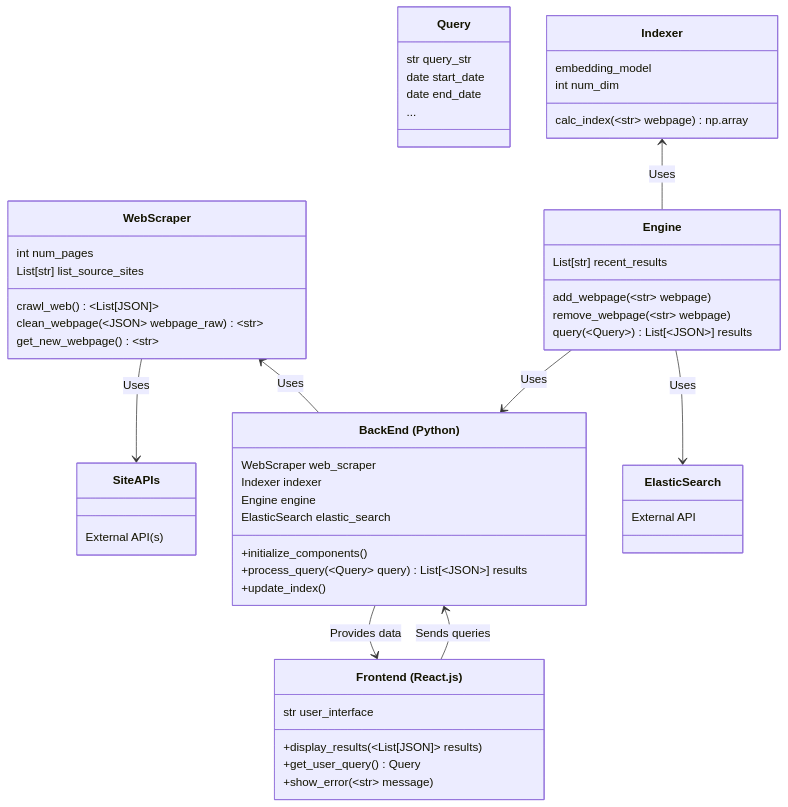
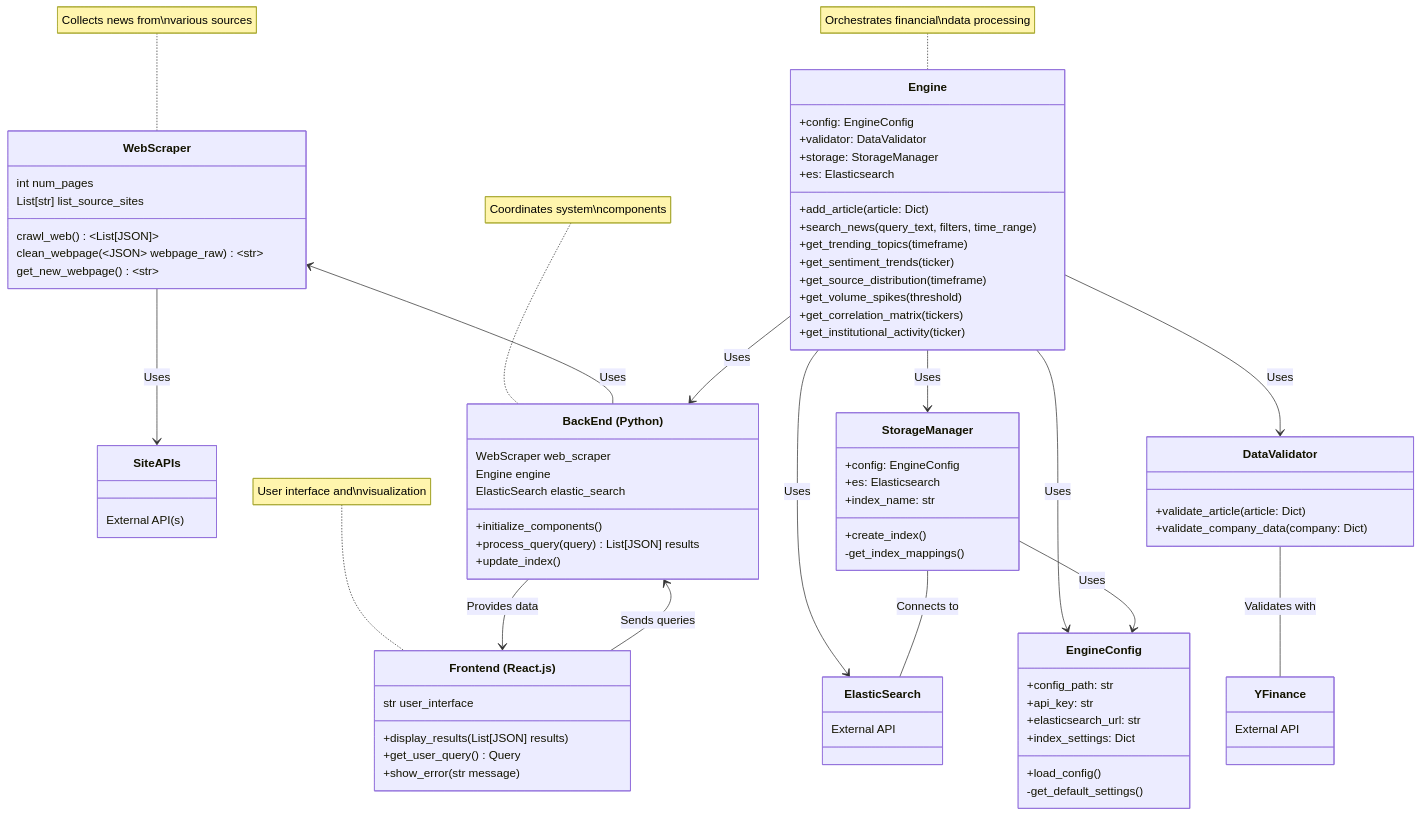
Before and after one commit to senior-design-financial-engine/search-engine: the diagram in README.md, drawn with Mermaid.

Commit message:
Diagram update

````diff
--- a/README.md
+++ b/README.md
@@ -38,17 +38,9 @@
 ```mermaid
 classDiagram
-
     class SiteAPIs:::external {
         External API(s)
     }
-
-    class Query {
-        str query_str
-        date start_date
-        date end_date
-        ... 
-    }
-
+    
     class WebScraper {
         int num_pages
         List[str] list_source_sites
@@ -57,47 +49,83 @@
         get_new_webpage() ~str~
     }
 
-    class Indexer {
-        embedding_model
-        int num_dim
-        calc_index(~str~ webpage) np.array
+    class Engine {
+        +config: EngineConfig
+        +validator: DataValidator
+        +storage: StorageManager
+        +es: Elasticsearch
+        +add_article(article: Dict)
+        +search_news(query_text, filters, time_range)
+        +get_trending_topics(timeframe)
+        +get_sentiment_trends(ticker)
+        +get_source_distribution(timeframe)
+        +get_volume_spikes(threshold)
+        +get_correlation_matrix(tickers)
+        +get_institutional_activity(ticker)
     }
 
+    class EngineConfig {
+        +config_path: str
+        +api_key: str
+        +elasticsearch_url: str
+        +index_settings: Dict
+        +load_config()
+        -get_default_settings()
+    }
 
-    class Engine {
-        List[str] recent_results
-        add_webpage(~str~ webpage)
-        remove_webpage(~str~ webpage)
-        query(~Query~) List[~JSON~] results
+    class DataValidator {
+        +validate_article(article: Dict)
+        +validate_company_data(company: Dict)
+    }
+
+    class StorageManager {
+        +config: EngineConfig
+        +es: Elasticsearch
+        +index_name: str
+        +create_index()
+        -get_index_mappings()
     }
 
     class BackEnd ["BackEnd (Python)"] {
         WebScraper web_scraper
-        Indexer indexer
         Engine engine
         ElasticSearch elastic_search
         +initialize_components()
-        +process_query(~Query~ query) List[~JSON~] results
+        +process_query(query) List[JSON] results
         +update_index()
     }
 
     class FrontEnd["Frontend (React.js)"] {
         str user_interface
-        +display_results(~List[JSON]~ results)
+        +display_results(List[JSON] results)
         +get_user_query() Query
-        +show_error(~str~ message)
+        +show_error(str message)
     }
 
     class ElasticSearch:::external {
         External API
     }
 
+    class YFinance:::external {
+        External API
+    }
+
     WebScraper <-- BackEnd : Uses
     WebScraper --> SiteAPIs : Uses
-    Indexer <-- Engine : Uses
     Engine --> BackEnd : Uses
     Engine --> ElasticSearch : Uses
     BackEnd --> FrontEnd : Provides data
     FrontEnd --> BackEnd : Sends queries
+    Engine --> EngineConfig : Uses
+    Engine --> DataValidator : Uses
+    Engine --> StorageManager : Uses
+    StorageManager --> EngineConfig : Uses
+    StorageManager -- ElasticSearch : Connects to
+    DataValidator -- YFinance : Validates with
+
+    note for Engine "Orchestrates financial\ndata processing"
+    note for WebScraper "Collects news from\nvarious sources"
+    note for BackEnd "Coordinates system\ncomponents"
+    note for FrontEnd "User interface and\nvisualization"
 
 ```
````
